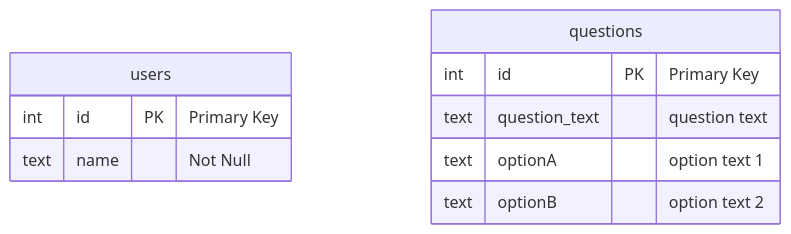
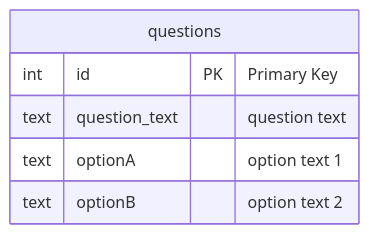
The diagram in docs/db.md (Hhelibebcnofne/escalator-enquete), drawn with Mermaid before and after one commit. The commit also changed other lines of this file, not shown here.

Commit message:
feat: delete unused table

````diff
--- a/docs/db.md
+++ b/docs/db.md
@@ -5,15 +5,11 @@
 ```mermaid
 erDiagram
-    users {
-        int id PK "Primary Key"
-        text name "Not Null"
-    }
 
     questions {
         int id PK "Primary Key"
         text question_text "question text"
         text optionA "option text 1"
         text optionB "option text 2"
     }
 
 ```
````
